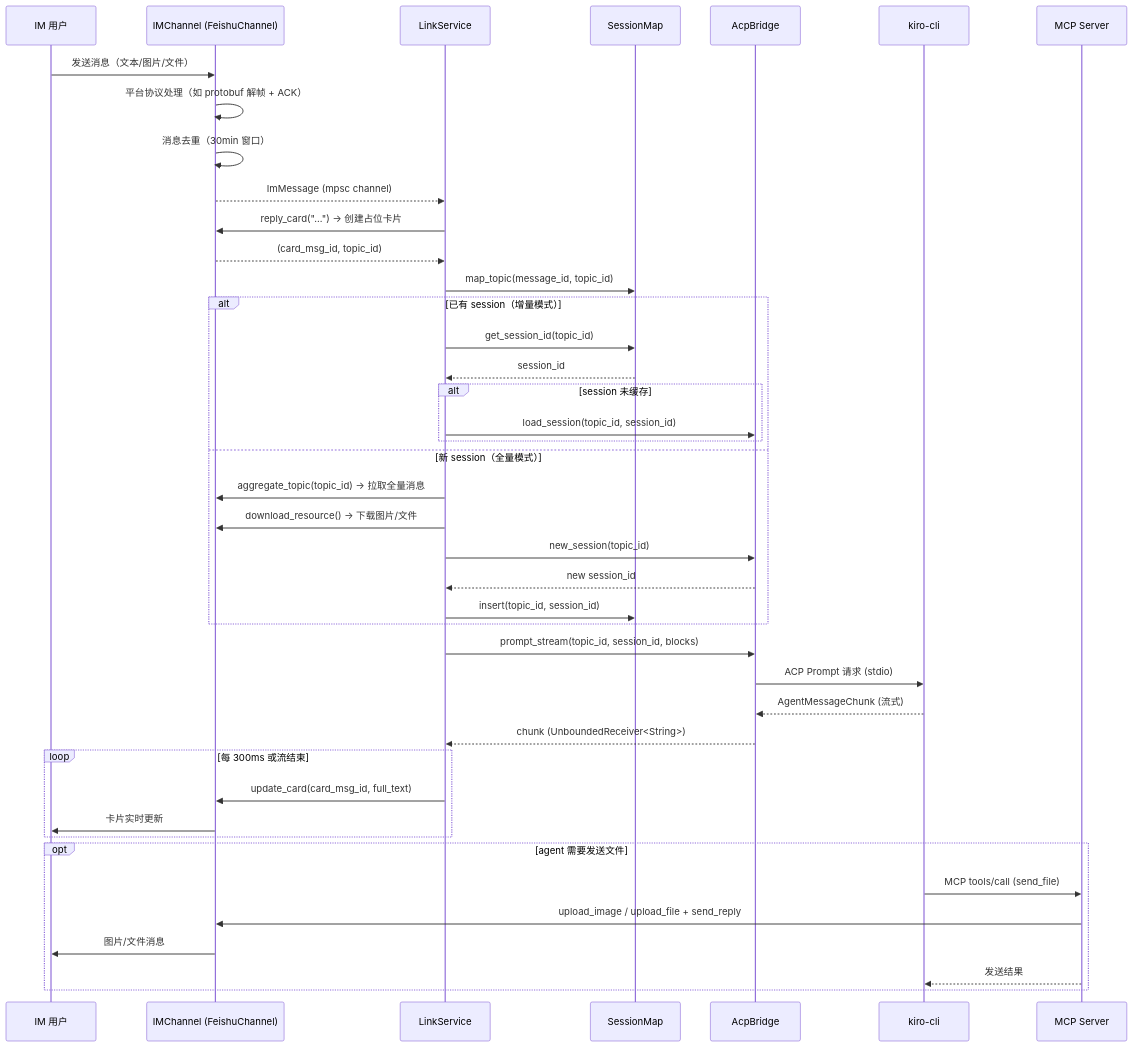
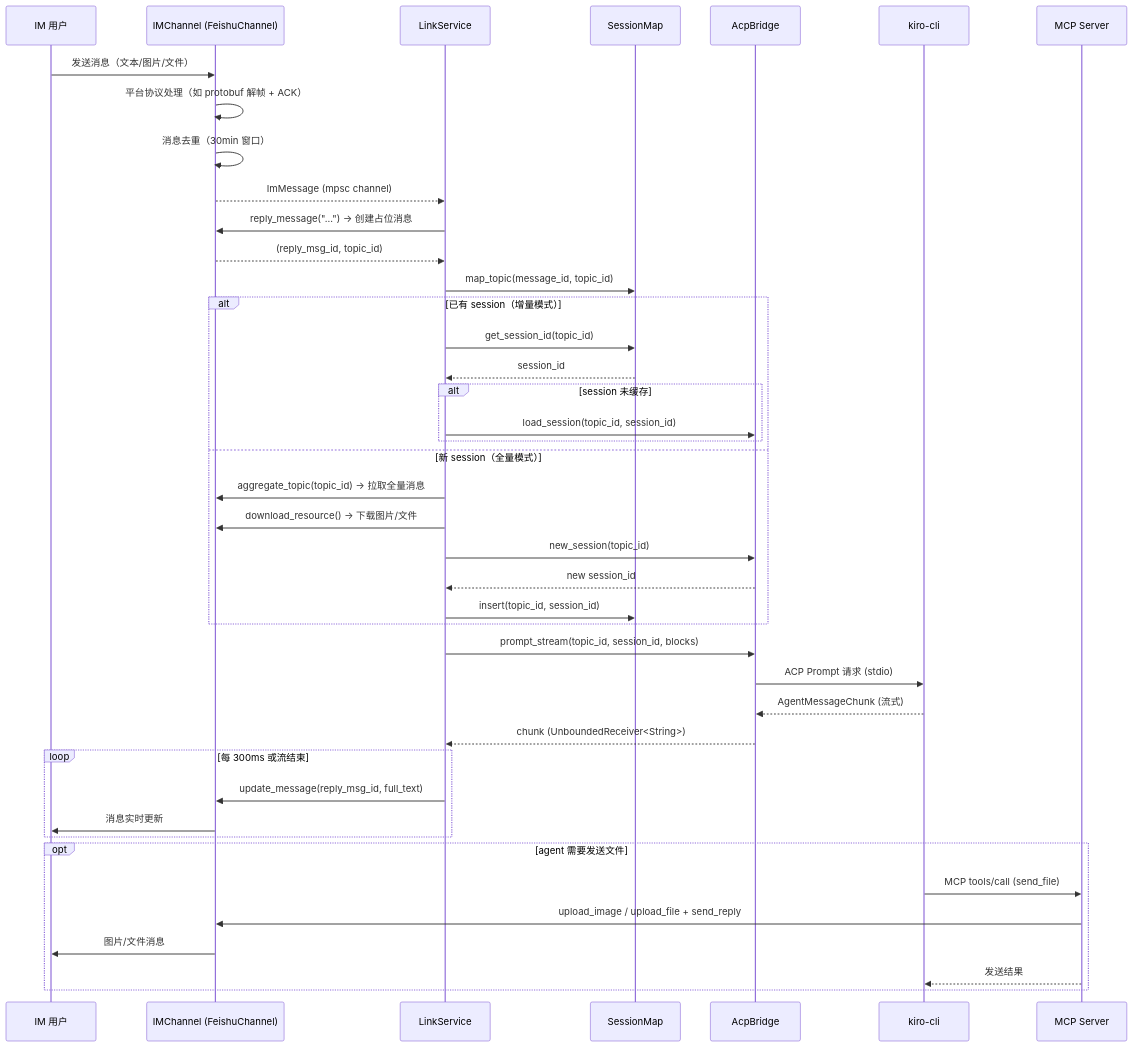
The second of 3 diagrams in docs/architecture.md (xufanglin/acp-link), drawn with Mermaid before and after one commit. The commit also changed other lines of this file and 9 other files, not shown here.

First line of the commit message:
feat(im): rename message card API to generic reply/update message

````diff
--- a/docs/architecture.md
+++ b/docs/architecture.md
@@ -68,50 +68,50 @@
 ```mermaid
 sequenceDiagram
     participant U as IM 用户
     participant C as IMChannel (FeishuChannel)
     participant L as LinkService
     participant S as SessionMap
     participant A as AcpBridge
     participant K as kiro-cli
     participant M as MCP Server
 
     U->>C: 发送消息（文本/图片/文件）
     C->>C: 平台协议处理（如 protobuf 解帧 + ACK）
     C->>C: 消息去重（30min 窗口）
     C-->>L: ImMessage (mpsc channel)
 
-    L->>C: reply_card("...") → 创建占位卡片
-    C-->>L: (card_msg_id, topic_id)
+    L->>C: reply_message("...") → 创建占位消息
+    C-->>L: (reply_msg_id, topic_id)
     L->>S: map_topic(message_id, topic_id)
 
     alt 已有 session（增量模式）
         L->>S: get_session_id(topic_id)
         S-->>L: session_id
         alt session 未缓存
             L->>A: load_session(topic_id, session_id)
         end
     else 新 session（全量模式）
         L->>C: aggregate_topic(topic_id) → 拉取全量消息
         L->>C: download_resource() → 下载图片/文件
         L->>A: new_session(topic_id)
         A-->>L: new session_id
         L->>S: insert(topic_id, session_id)
     end
 
     L->>A: prompt_stream(topic_id, session_id, blocks)
     A->>K: ACP Prompt 请求 (stdio)
     K-->>A: AgentMessageChunk (流式)
     A-->>L: chunk (UnboundedReceiver<String>)
 
     loop 每 300ms 或流结束
-        L->>C: update_card(card_msg_id, full_text)
-        C->>U: 卡片实时更新
+        L->>C: update_message(reply_msg_id, full_text)
+        C->>U: 消息实时更新
     end
 
     opt agent 需要发送文件
         K->>M: MCP tools/call (send_file)
         M->>C: upload_image / upload_file + send_reply
         C->>U: 图片/文件消息
         M-->>K: 发送结果
     end
 ```
````
